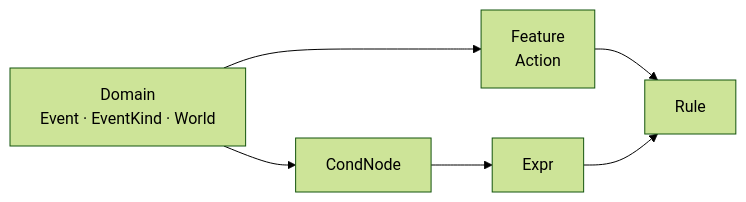
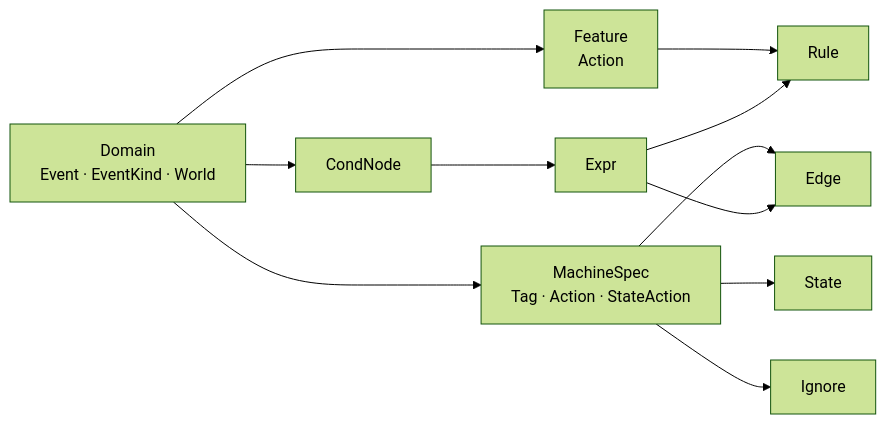
One commit to 4artit/declared changed the second of 2 diagrams in docs/1-structure.md. Above: the diagram before and after it, drawn with Mermaid (forest theme). The commit also changed other lines of this file and 22 other files, not shown here.

Commit message:
rollback sm deletion / change diagram generation uses events(when) for the source

````diff
--- a/docs/1-structure.md
+++ b/docs/1-structure.md
@@ -60,11 +69,17 @@
 ```mermaid
 flowchart LR
     Dom["Domain<br/>Event · EventKind · World"]
 
     Dom --> Feat["Feature<br/>Action"]
+    Dom --> Spec["MachineSpec<br/>Tag · Action · StateAction"]
     Dom --> Node["CondNode"]
 
     Feat --> Rule["Rule"]
+    Spec --> Edge["Edge"]
+    Spec --> St["State"]
+    Spec --> Ig["Ignore"]
+
     Node --> Expr["Expr"]
     Expr --> Rule
+    Expr --> Edge
 ```
````
